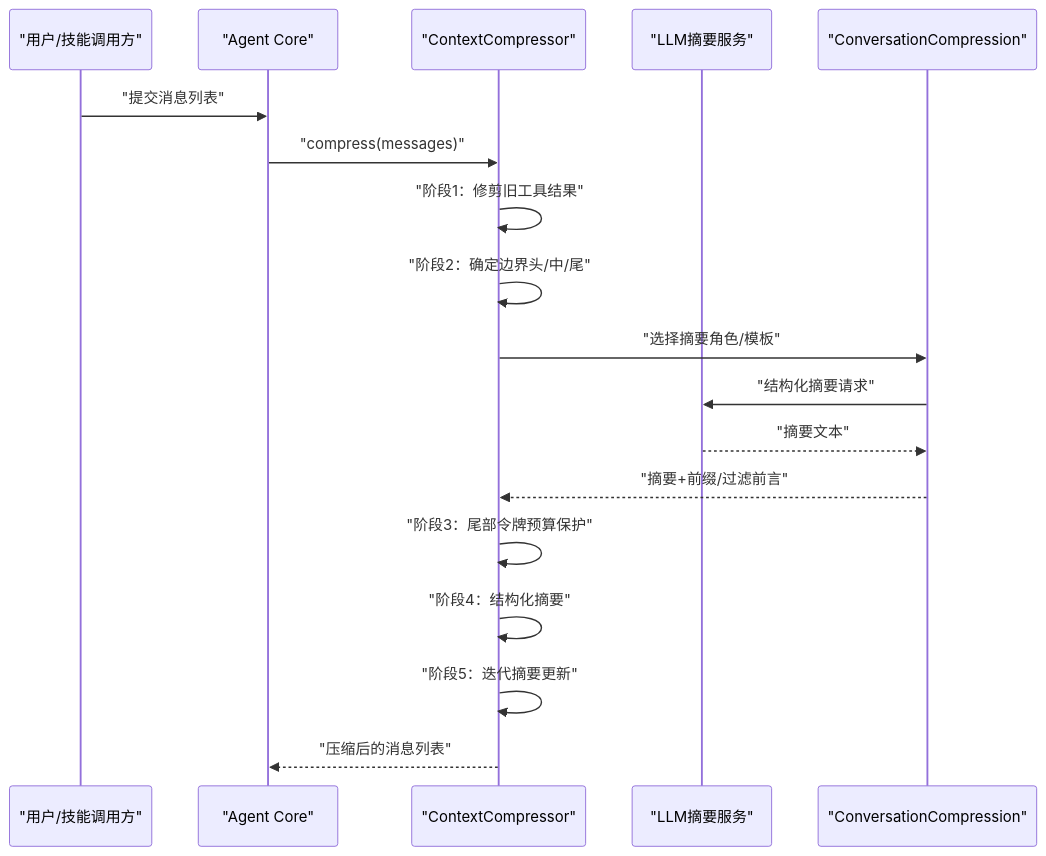
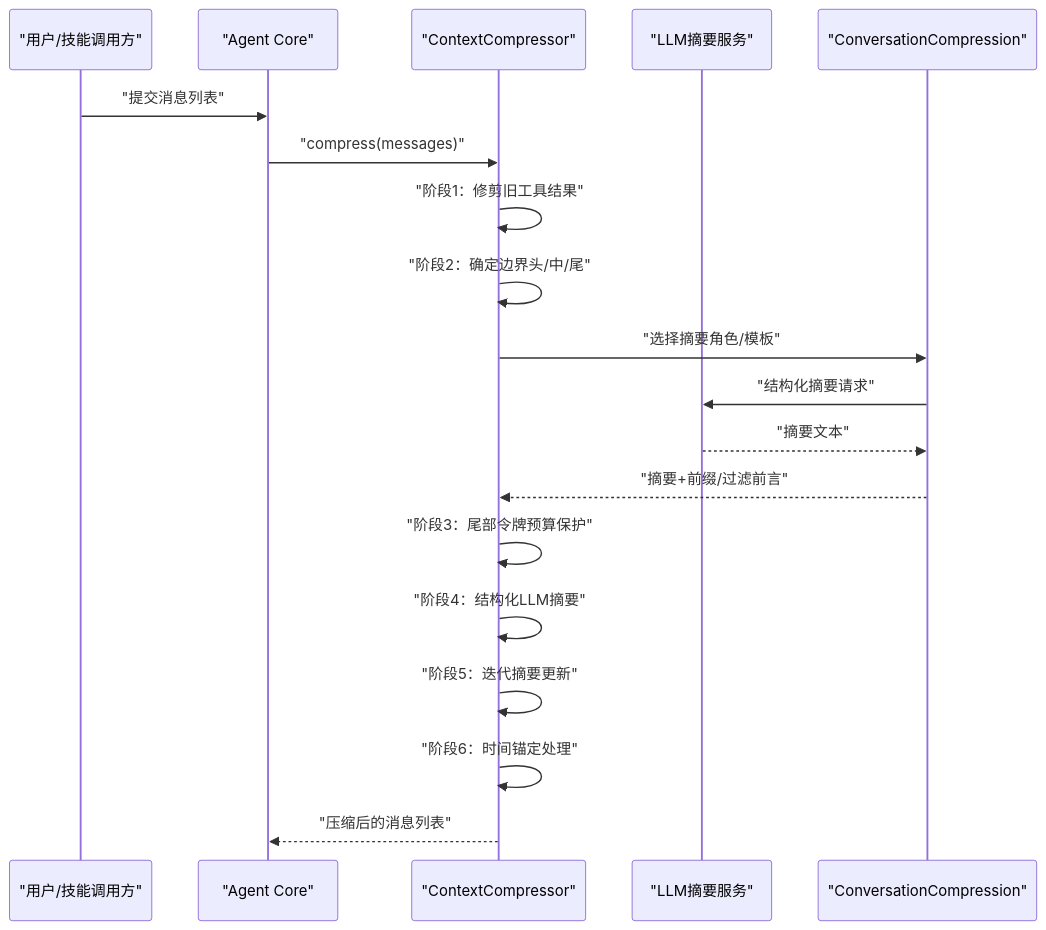
The second of 4 diagrams in .qoder/repowiki/zh/content/记忆和上下文管理/上下文处理/上下文压缩算法.md (haolange/hermes-agent), drawn with Mermaid before and after one commit. The commit also changed other lines of this file and 5 other files, not shown here.

````diff
--- a/.qoder/repowiki/zh/content/记忆和上下文管理/上下文处理/上下文压缩算法.md
+++ b/.qoder/repowiki/zh/content/记忆和上下文管理/上下文处理/上下文压缩算法.md
@@ -94,20 +109,21 @@
 ```mermaid
 sequenceDiagram
 participant U as "用户/技能调用方"
 participant AC as "Agent Core"
 participant CC as "ContextCompressor"
 participant LLM as "LLM摘要服务"
 participant CS as "ConversationCompression"
 U->>AC : "提交消息列表"
 AC->>CC : "compress(messages)"
 CC->>CC : "阶段1：修剪旧工具结果"
 CC->>CC : "阶段2：确定边界头/中/尾"
 CC->>CS : "选择摘要角色/模板"
 CS->>LLM : "结构化摘要请求"
 LLM-->>CS : "摘要文本"
 CS-->>CC : "摘要+前缀/过滤前言"
 CC->>CC : "阶段3：尾部令牌预算保护"
-CC->>CC : "阶段4：结构化摘要"
+CC->>CC : "阶段4：结构化LLM摘要"
 CC->>CC : "阶段5：迭代摘要更新"
+CC->>CC : "阶段6：时间锚定处理"
 CC-->>AC : "压缩后的消息列表"
 ```
````
